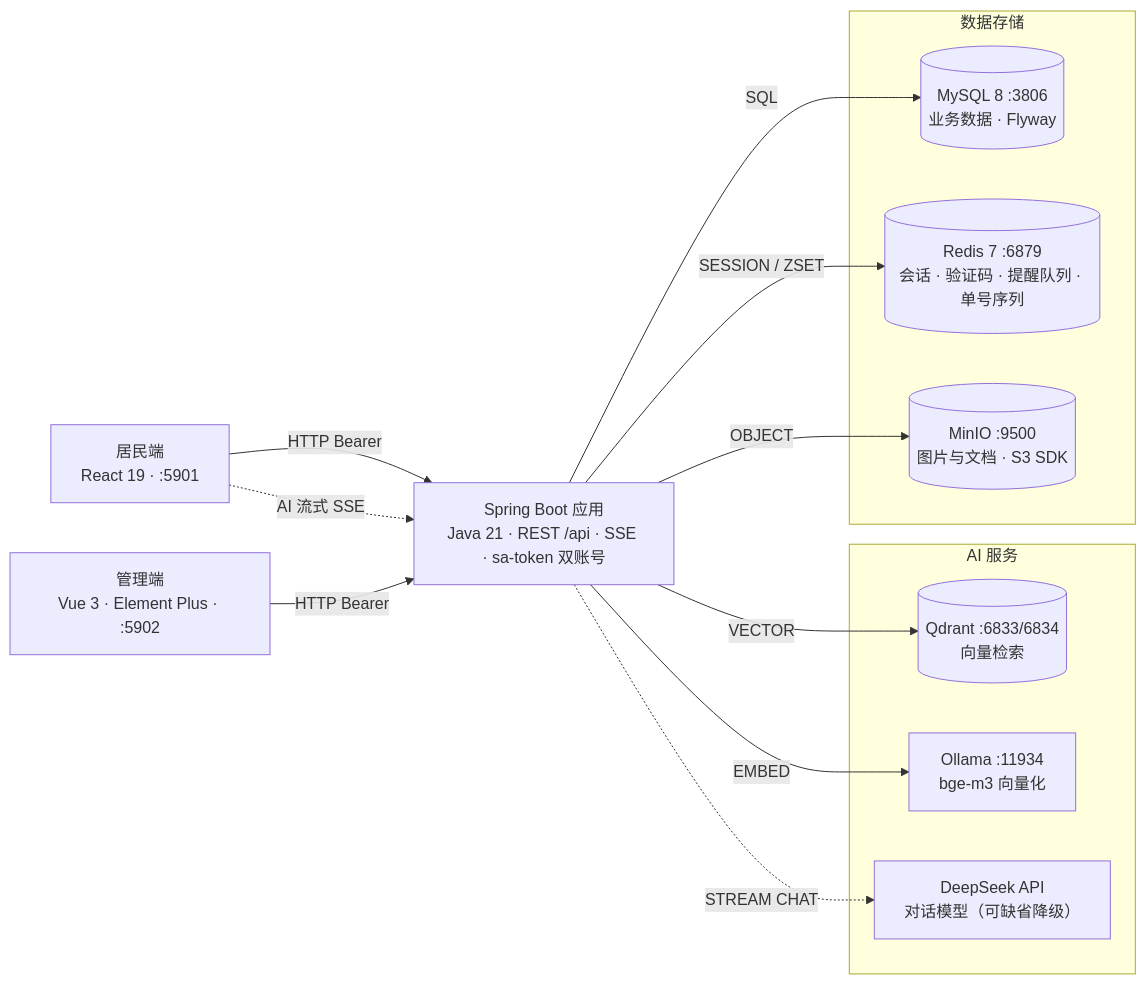
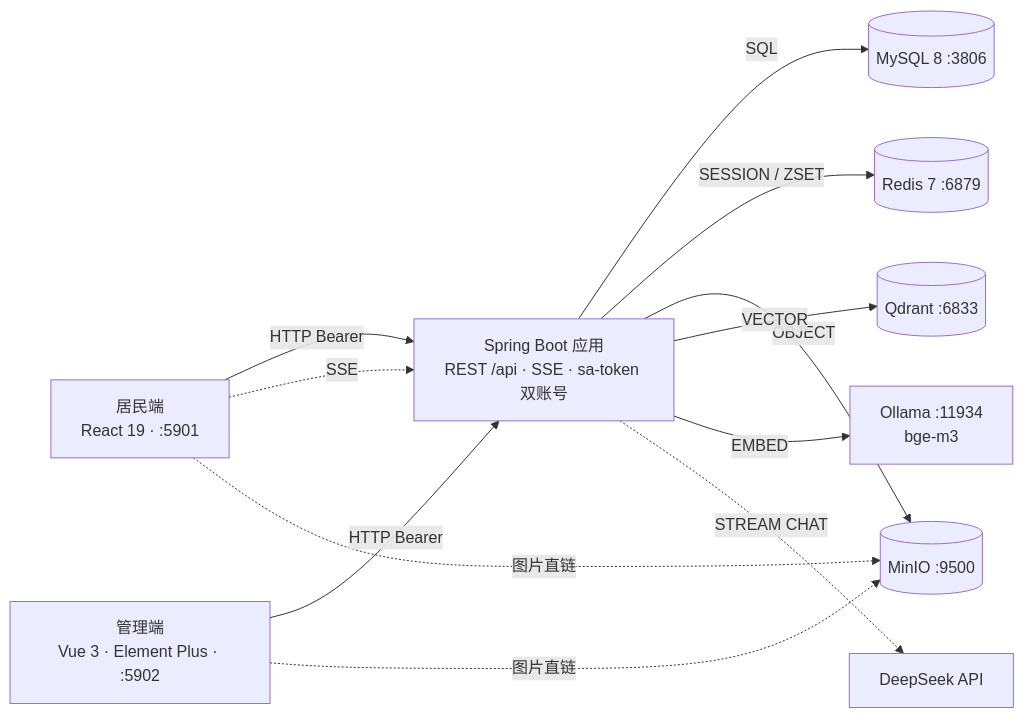
Before and after one commit to cd-water/tool-share: the first of 2 diagrams in README.md, drawn with Mermaid. The commit also changed other lines of this file and 5 other files, not shown here.

First line of the commit message:
docs: 重构 README 并补充界面截图

````diff
--- a/README.md
+++ b/README.md
@@ -74,29 +91,24 @@
 ```mermaid
 flowchart LR
     u["居民端<br/>React 19 · :5901"]
     a["管理端<br/>Vue 3 · Element Plus · :5902"]
-    app["Spring Boot 应用<br/>Java 21 · REST /api · SSE · sa-token 双账号"]
+    app["Spring Boot 应用<br/>REST /api · SSE · sa-token 双账号"]
+    mysql[("MySQL 8 :3806")]
+    redis[("Redis 7 :6879")]
+    minio[("MinIO :9500")]
+    qdrant[("Qdrant :6833")]
+    ollama["Ollama :11934<br/>bge-m3"]
+    deepseek["DeepSeek API"]
 
     u -->|"HTTP Bearer"| app
     a -->|"HTTP Bearer"| app
-    u -.->|"AI 流式 SSE"| app
-
-    subgraph data["数据存储"]
-        mysql[("MySQL 8 :3806<br/>业务数据 · Flyway")]
-        redis[("Redis 7 :6879<br/>会话 · 验证码 · 提醒队列 · 单号序列")]
-        minio[("MinIO :9500<br/>图片与文档 · S3 SDK")]
-    end
-
-    subgraph ai["AI 服务"]
-        qdrant[("Qdrant :6833/6834<br/>向量检索")]
-        ollama["Ollama :11934<br/>bge-m3 向量化"]
-        deepseek["DeepSeek API<br/>对话模型（可缺省降级）"]
-    end
-
+    u -.->|"SSE"| app
+    u -.->|"图片直链"| minio
+    a -.->|"图片直链"| minio
     app -->|SQL| mysql
     app -->|SESSION / ZSET| redis
     app -->|OBJECT| minio
     app -->|VECTOR| qdrant
     app -->|EMBED| ollama
     app -.->|STREAM CHAT| deepseek
 ```
````
